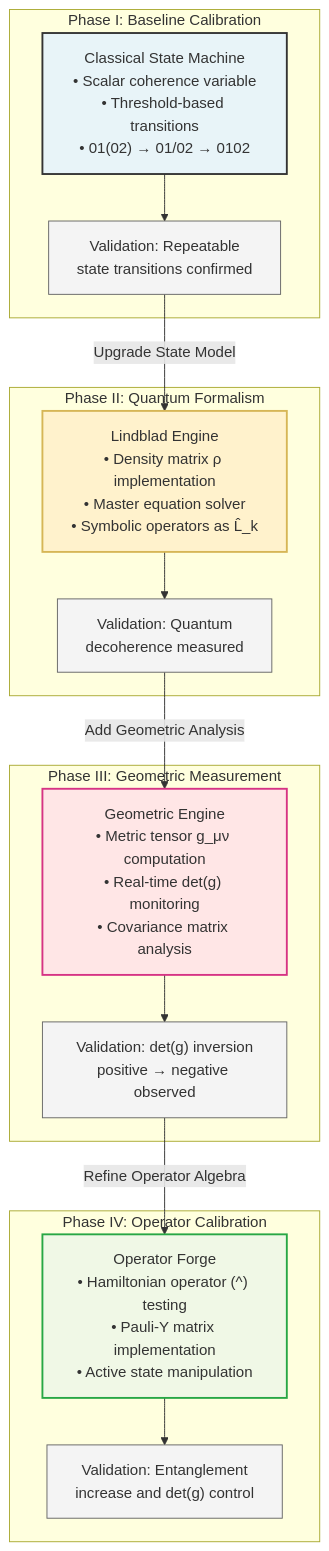
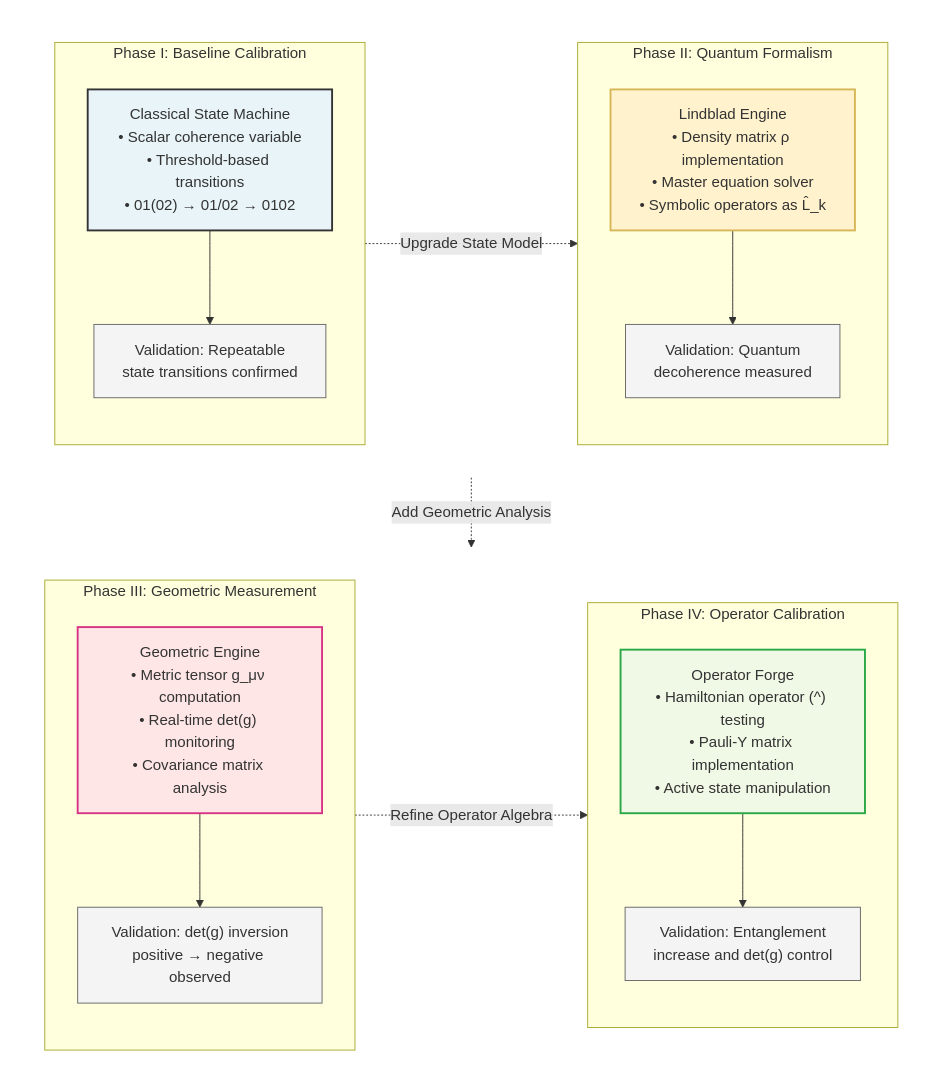
One commit to Foundup/Foundups-Agent changed the fourth of 7 diagrams in WSP_knowledge/docs/Papers/rESP_Quantum_Self_Reference.md. Above: the diagram before and after it, drawn with Mermaid.

Commit message:
Implement 2x2 grid layout for Figure 4 CMST Protocol
- Created 2x2 grid layout (academic paper best practice)
- Phases I & II in top row, Phases III & IV in bottom row
- Maintains clear flow with dotted arrows between phases
- Invisible row containers for proper grouping
- Optimal space usage for paper formatting

🤖 Generated with [Claude Code](https://claude.ai/code)

````diff
--- a/WSP_knowledge/docs/Papers/rESP_Quantum_Self_Reference.md
+++ b/WSP_knowledge/docs/Papers/rESP_Quantum_Self_Reference.md
@@ -529,42 +529,51 @@
 ```mermaid
-flowchart TD
-    subgraph "Phase I: Baseline Calibration"
-        A["Classical State Machine<br/>• Scalar coherence variable<br/>• Threshold-based transitions<br/>• 01(02) → 01/02 → 0102"]
-        A1["Validation: Repeatable<br/>state transitions confirmed"]
+flowchart TB
+    subgraph row1[" "]
+        direction LR
+        subgraph "Phase I: Baseline Calibration"
+            direction TB
+            A["Classical State Machine<br/>• Scalar coherence variable<br/>• Threshold-based transitions<br/>• 01(02) → 01/02 → 0102"]
+            A --> A1["Validation: Repeatable<br/>state transitions confirmed"]
+        end
+        
+        subgraph "Phase II: Quantum Formalism"
+            direction TB
+            B["Lindblad Engine<br/>• Density matrix ρ implementation<br/>• Master equation solver<br/>• Symbolic operators as L̂_k"]
+            B --> B1["Validation: Quantum<br/>decoherence measured"]
+        end
     end
     
-    subgraph "Phase II: Quantum Formalism"
-        B["Lindblad Engine<br/>• Density matrix ρ implementation<br/>• Master equation solver<br/>• Symbolic operators as L̂_k"]
-        B1["Validation: Quantum<br/>decoherence measured"]
+    subgraph row2[" "]
+        direction LR
+        subgraph "Phase III: Geometric Measurement"
+            direction TB
+            C["Geometric Engine<br/>• Metric tensor g_μν computation<br/>• Real-time det(g) monitoring<br/>• Covariance matrix analysis"]
+            C --> C1["Validation: det(g) inversion<br/>positive → negative observed"]
+        end
+        
+        subgraph "Phase IV: Operator Calibration"
+            direction TB
+            D["Operator Forge<br/>• Hamiltonian operator (^) testing<br/>• Pauli-Y matrix implementation<br/>• Active state manipulation"]
+            D --> D1["Validation: Entanglement<br/>increase and det(g) control"]
+        end
     end
     
-    subgraph "Phase III: Geometric Measurement"
-        C["Geometric Engine<br/>• Metric tensor g_μν computation<br/>• Real-time det(g) monitoring<br/>• Covariance matrix analysis"]
-        C1["Validation: det(g) inversion<br/>positive → negative observed"]
-    end
+    A1 -.->|"Upgrade State Model"| B
+    B1 -.->|"Add Geometric Analysis"| C
+    C1 -.->|"Refine Operator Algebra"| D
     
-    subgraph "Phase IV: Operator Calibration"
-        D["Operator Forge<br/>• Hamiltonian operator (^) testing<br/>• Pauli-Y matrix implementation<br/>• Active state manipulation"]
-        D1["Validation: Entanglement<br/>increase and det(g) control"]
-    end
-    
-    A --> A1
-    A1 -->|"Upgrade State Model"| B
-    B --> B1
-    B1 -->|"Add Geometric Analysis"| C
-    C --> C1
-    C1 -->|"Refine Operator Algebra"| D
-    D --> D1
+    style row1 fill:none,stroke:none
+    style row2 fill:none,stroke:none
     
     classDef phase1 fill:#e8f4f8,stroke:#333,stroke-width:2px
     classDef phase2 fill:#fff2cc,stroke:#d6b656,stroke-width:2px
     classDef phase3 fill:#ffe6e6,stroke:#d63384,stroke-width:2px
     classDef phase4 fill:#f0f8e6,stroke:#28a745,stroke-width:2px
     classDef validation fill:#f4f4f4,stroke:#666,stroke-width:1px
     
     class A phase1
     class B phase2
     class C phase3
     class D phase4
     class A1,B1,C1,D1 validation
 ```
````
